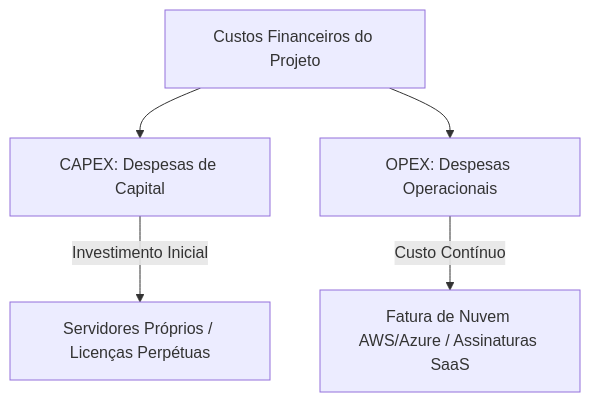
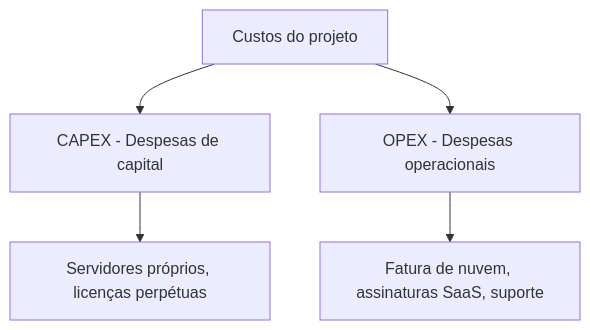
Before and after one commit to MaicomMRampi/software-architecture-handbook: the diagram in Arquiteto de Software/01 Fundamentos em arquitetura de software/07 Conduzindo um processo decisório.md, drawn with Mermaid. The commit also changed other lines of this file and 43 other files, not shown here.

````diff
--- a/Arquiteto de Software/01 Fundamentos em arquitetura de software/07 Conduzindo um processo decisório.md
+++ b/Arquiteto de Software/01 Fundamentos em arquitetura de software/07 Conduzindo um processo decisório.md
@@ -52,8 +77,7 @@
 ```mermaid
 graph TD
-    A[Custos Financeiros do Projeto] --> B[CAPEX: Despesas de Capital]
-    A --> C[OPEX: Despesas Operacionais]
-    
-    B -->|Investimento Inicial| B1[Servidores Próprios / Licenças Perpétuas]
-    C -->|Custo Contínuo| C1[Fatura de Nuvem AWS/Azure / Assinaturas SaaS]
+    A[Custos do projeto] --> B[CAPEX - Despesas de capital]
+    A --> C[OPEX - Despesas operacionais]
+    B --> B1[Servidores próprios, licenças perpétuas]
+    C --> C1[Fatura de nuvem, assinaturas SaaS, suporte]
 ```
````
